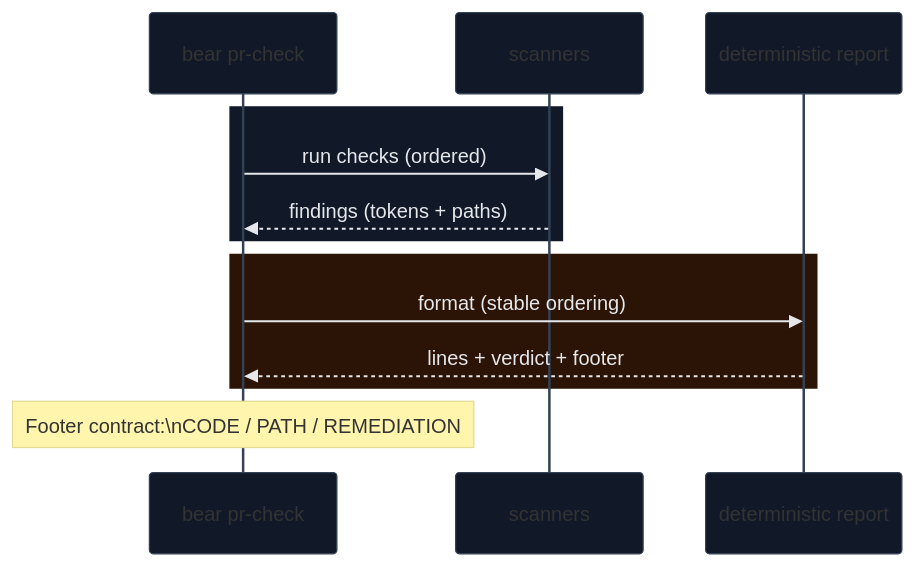
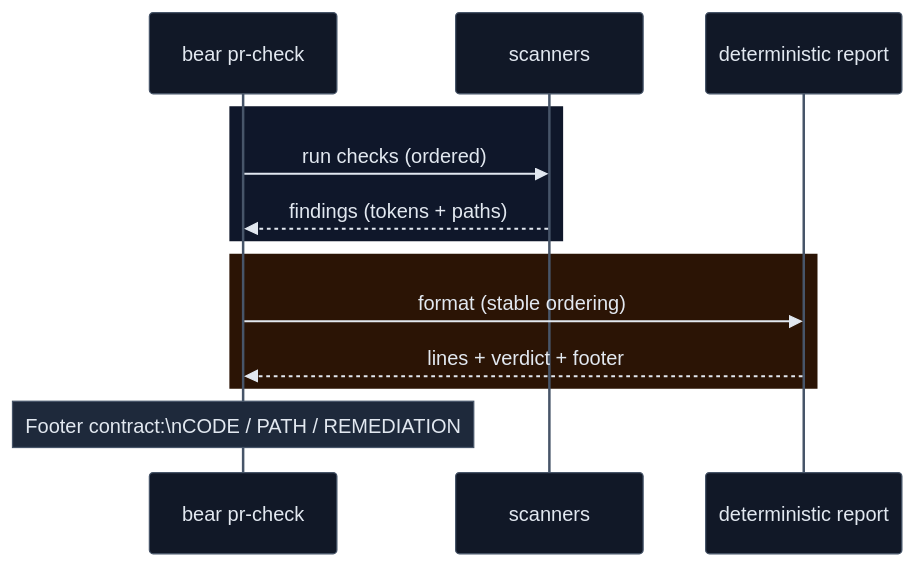
Before and after one commit to rore/bear-cli: the diagram in docs/public/output-format.md, drawn with Mermaid. The commit also changed 8 other files, not shown here.

Commit message:
feat: Standardize Mermaid styling and enhance documentation across multiple files for improved clarity and consistency

````diff
--- a/docs/public/output-format.md
+++ b/docs/public/output-format.md
@@ -16,26 +16,34 @@
 ```mermaid
 %%{init: {"theme":"base","themeVariables":{
   "fontFamily":"ui-sans-serif, system-ui",
-  "lineColor":"#94A3B8",
-  "textColor":"#E5E7EB",
-  "background":"#0B1220",
+  "lineColor":"#64748B",
+  "textColor":"#E2E8F0",
+  "background":"#0F172A",
   "primaryColor":"#111827",
-  "primaryBorderColor":"#334155"
+  "primaryBorderColor":"#475569",
+  "primaryTextColor":"#E2E8F0",
+  "secondaryColor":"#0B1220",
+  "secondaryBorderColor":"#334155",
+  "tertiaryColor":"#0B1220",
+  "tertiaryBorderColor":"#334155",
+  "noteBkgColor":"#1E293B",
+  "noteBorderColor":"#475569",
+  "noteTextColor":"#E2E8F0"
 }}}%%
 sequenceDiagram
   participant CLI as bear pr-check
   participant Scan as scanners
   participant Report as deterministic report
 
-  rect rgb(17,24,39)
+  rect rgb(15,23,42)
     CLI->>Scan: run checks (ordered)
     Scan-->>CLI: findings (tokens + paths)
   end
 
   rect rgb(43,20,5)
     CLI->>Report: format (stable ordering)
     Report-->>CLI: lines + verdict + footer
   end
 
   Note over CLI: Footer contract:\nCODE / PATH / REMEDIATION
 ```
````
